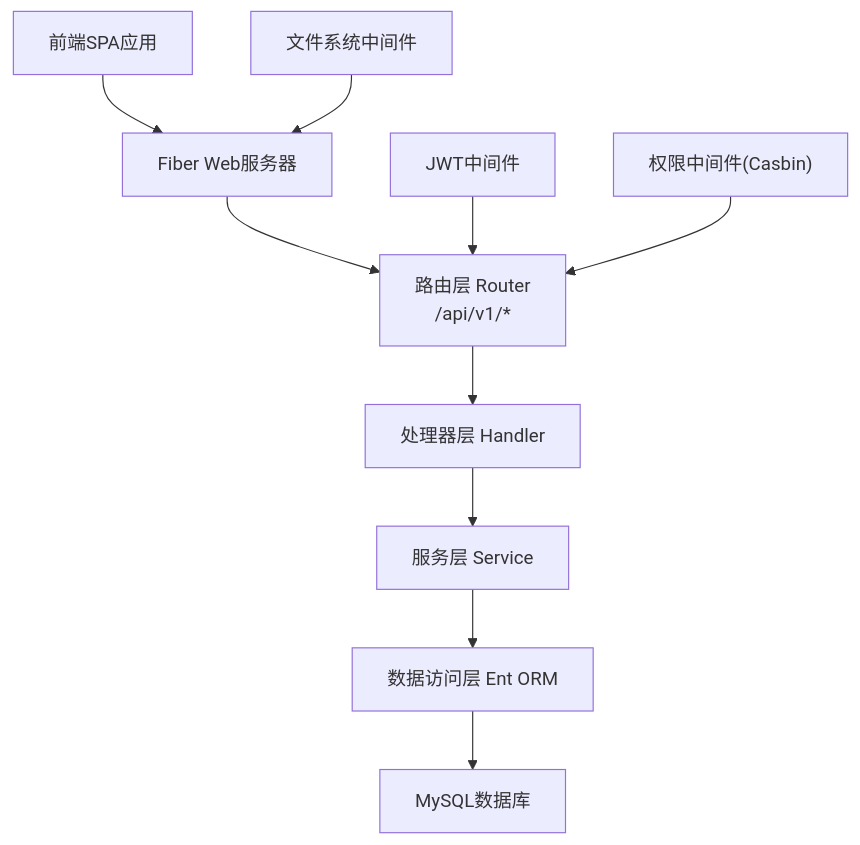
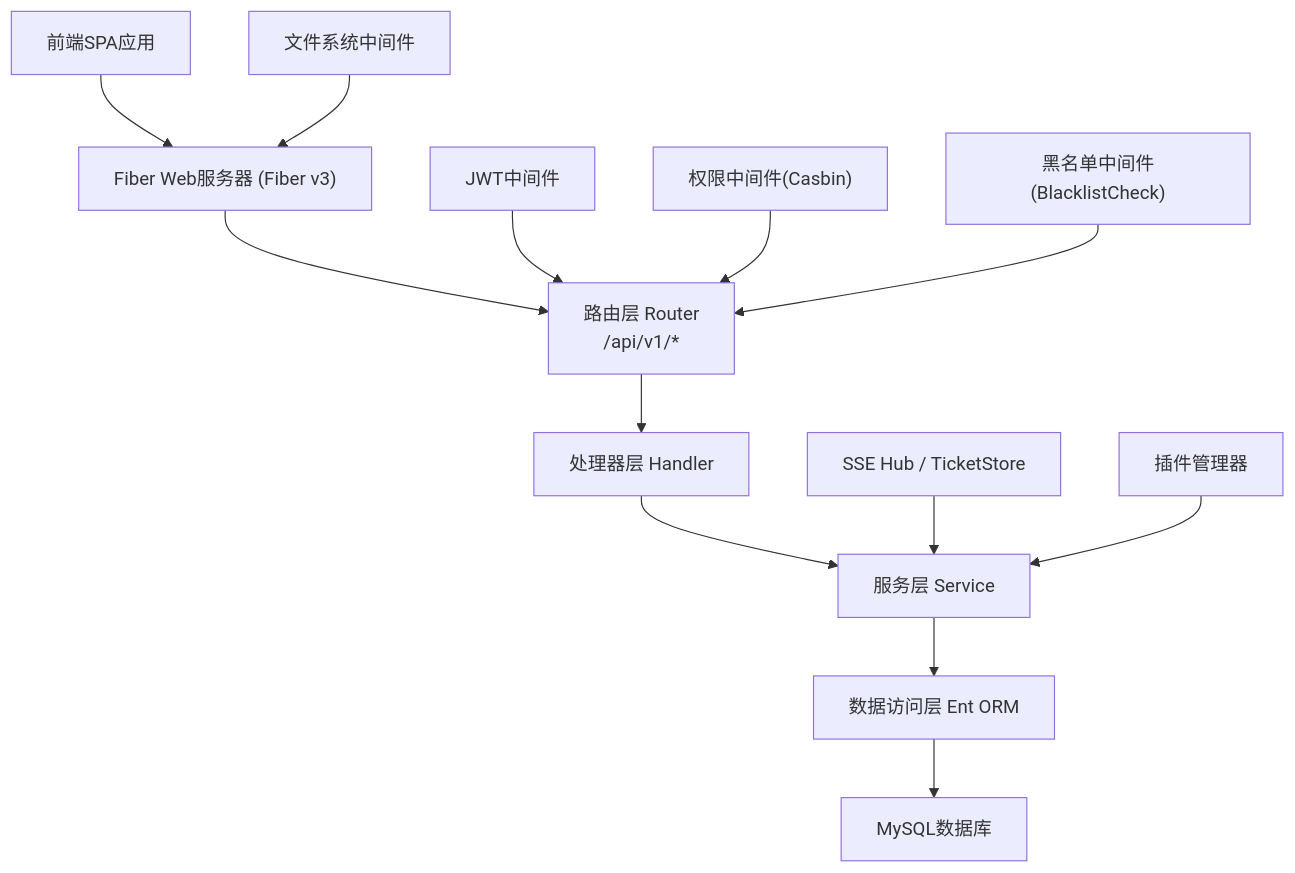
One commit to wuwuseo/e-sports-go-admin changed the first of 6 diagrams in .qoder/repowiki/zh/content/API 接口文档/API 接口文档.md. Above: the diagram before and after it, drawn with Mermaid. The commit also changed other lines of this file and 42 other files, not shown here.

````diff
--- a/.qoder/repowiki/zh/content/API 接口文档/API 接口文档.md
+++ b/.qoder/repowiki/zh/content/API 接口文档/API 接口文档.md
@@ -38,12 +51,15 @@
 ```mermaid
 graph TB
-A["前端SPA应用"] --> B["Fiber Web服务器"]
+A["前端SPA应用"] --> B["Fiber Web服务器 (Fiber v3)"]
 B --> C["路由层 Router<br/>/api/v1/*"]
 C --> D["处理器层 Handler"]
 D --> E["服务层 Service"]
 E --> F["数据访问层 Ent ORM"]
 F --> G["MySQL数据库"]
 H["JWT中间件"] --> C
 I["权限中间件(Casbin)"] --> C
+I2["黑名单中间件(BlacklistCheck)"] --> C
 J["文件系统中间件"] --> B
+K["SSE Hub / TicketStore"] --> E
+L["插件管理器"] --> E
 ```
````
